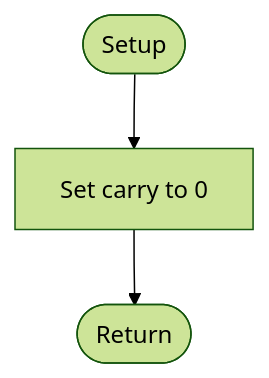
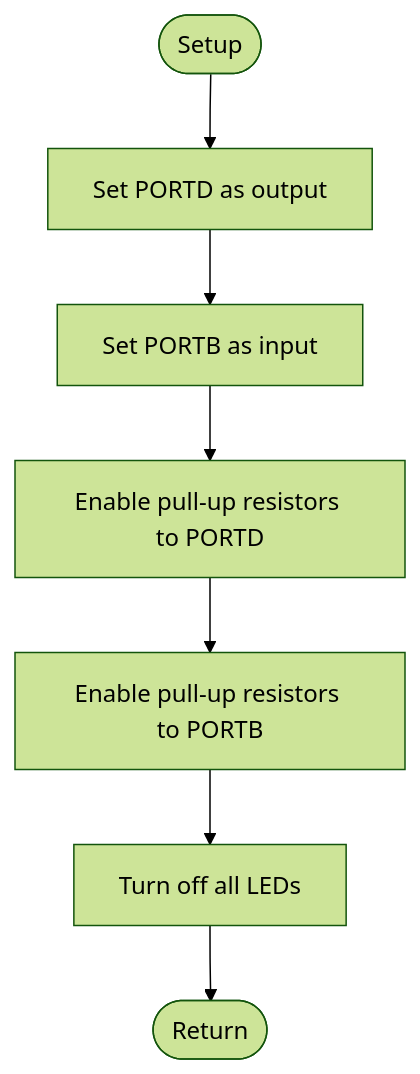
Before and after one commit to gabrielluizep/eng-mic: the second of 6 diagrams in subroutines/subroutines.md, drawn with Mermaid (forest theme). The commit also changed other lines of this file and 1 other file, not shown here.

````diff
--- a/subroutines/subroutines.md
+++ b/subroutines/subroutines.md
@@ -19,7 +19,10 @@
 ```mermaid
 graph TD
   setup([Setup])
-
-  --> carry[Set carry to 0]
+  --> portd[Set PORTD as output]
+  --> portb[Set PORTB as input]
+  --> pullupd[Enable pull-up resistors to PORTD]
+  --> pullupb[Enable pull-up resistors to PORTB]
+  --> off[Turn off all LEDs]
   --> return([Return])
 ```
````
